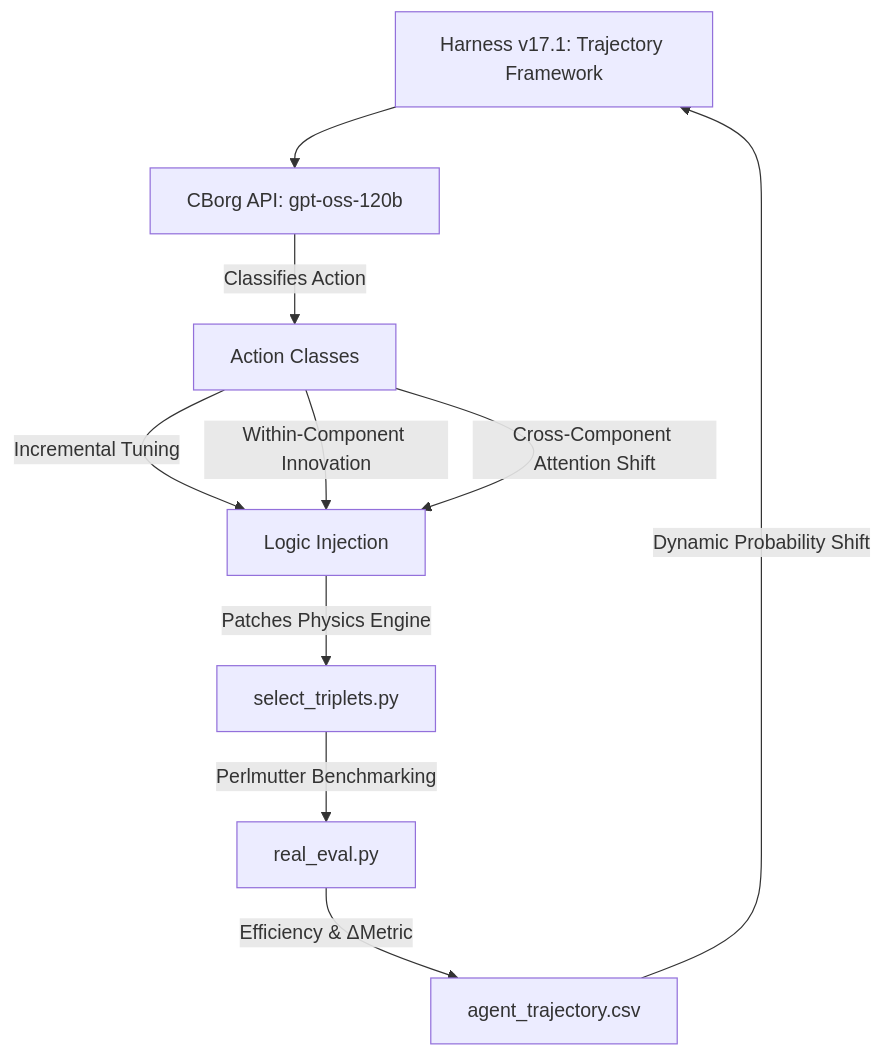
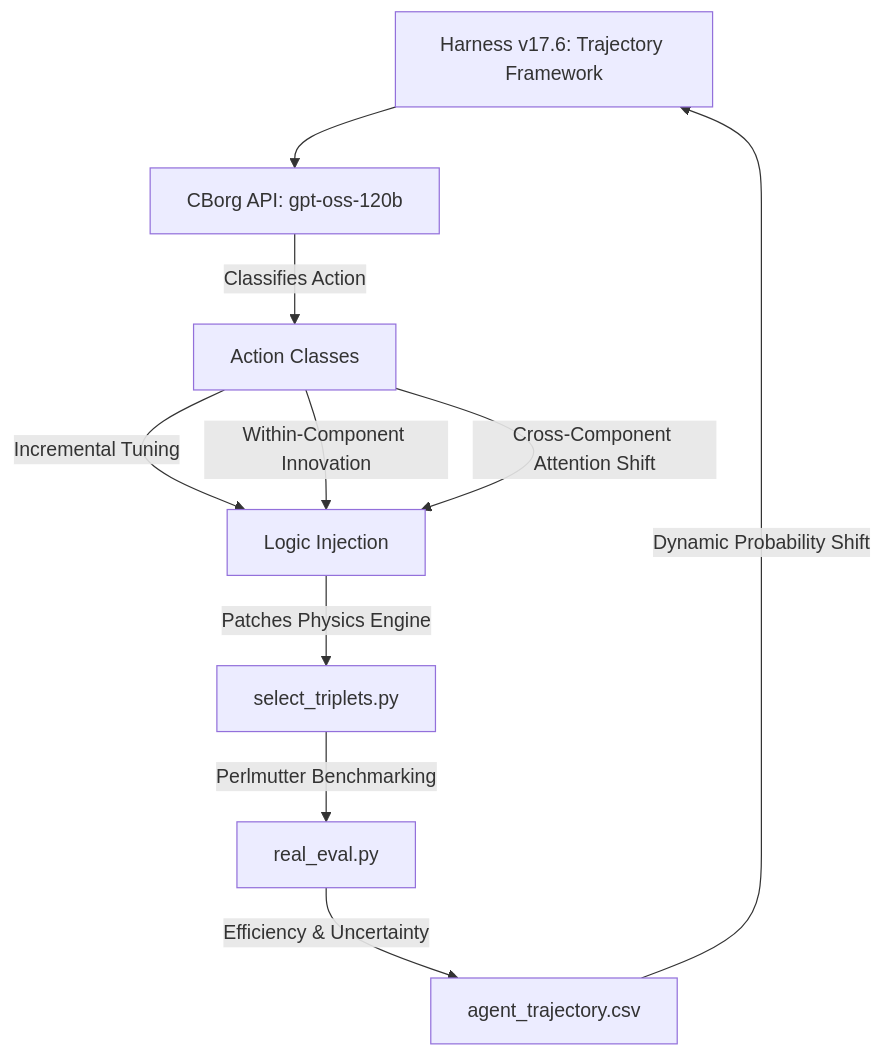
Before and after one commit to yellowchicken280/codex_topreconstruction: the diagram in README.md, drawn with Mermaid. The commit also changed other lines of this file and 3 other files, not shown here.

````diff
--- a/README.md
+++ b/README.md
@@ -11,12 +11,12 @@
 ```mermaid
 graph TD
-    A[Harness v17.1: Trajectory Framework] --> B[CBorg API: gpt-oss-120b]
+    A[Harness v17.6: Trajectory Framework] --> B[CBorg API: gpt-oss-120b]
     B -->|Classifies Action| C[Action Classes]
     C -->|Incremental Tuning| D[Logic Injection]
     C -->|Within-Component Innovation| D
     C -->|Cross-Component Attention Shift| D
     D -->|Patches Physics Engine| E[select_triplets.py]
     E -->|Perlmutter Benchmarking| F[real_eval.py]
-    F -->|Efficiency & ΔMetric| G[agent_trajectory.csv]
+    F -->|Efficiency & Uncertainty| G[agent_trajectory.csv]
     G -->|Dynamic Probability Shift| A
 ```
````
